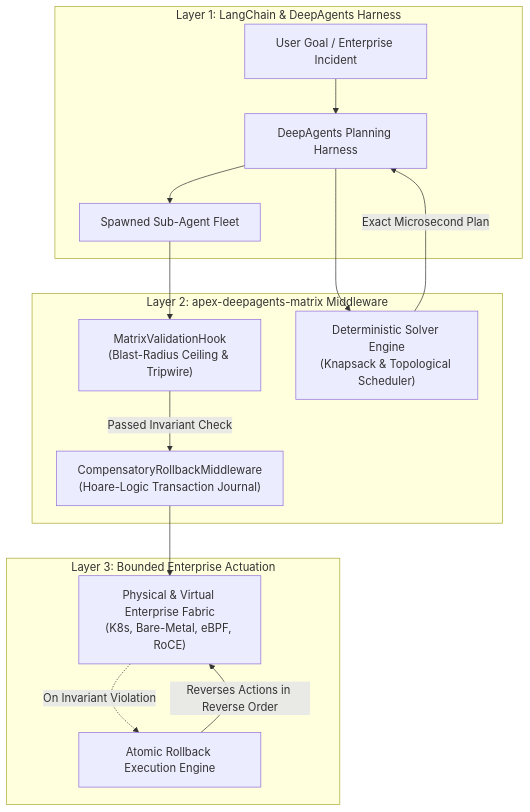
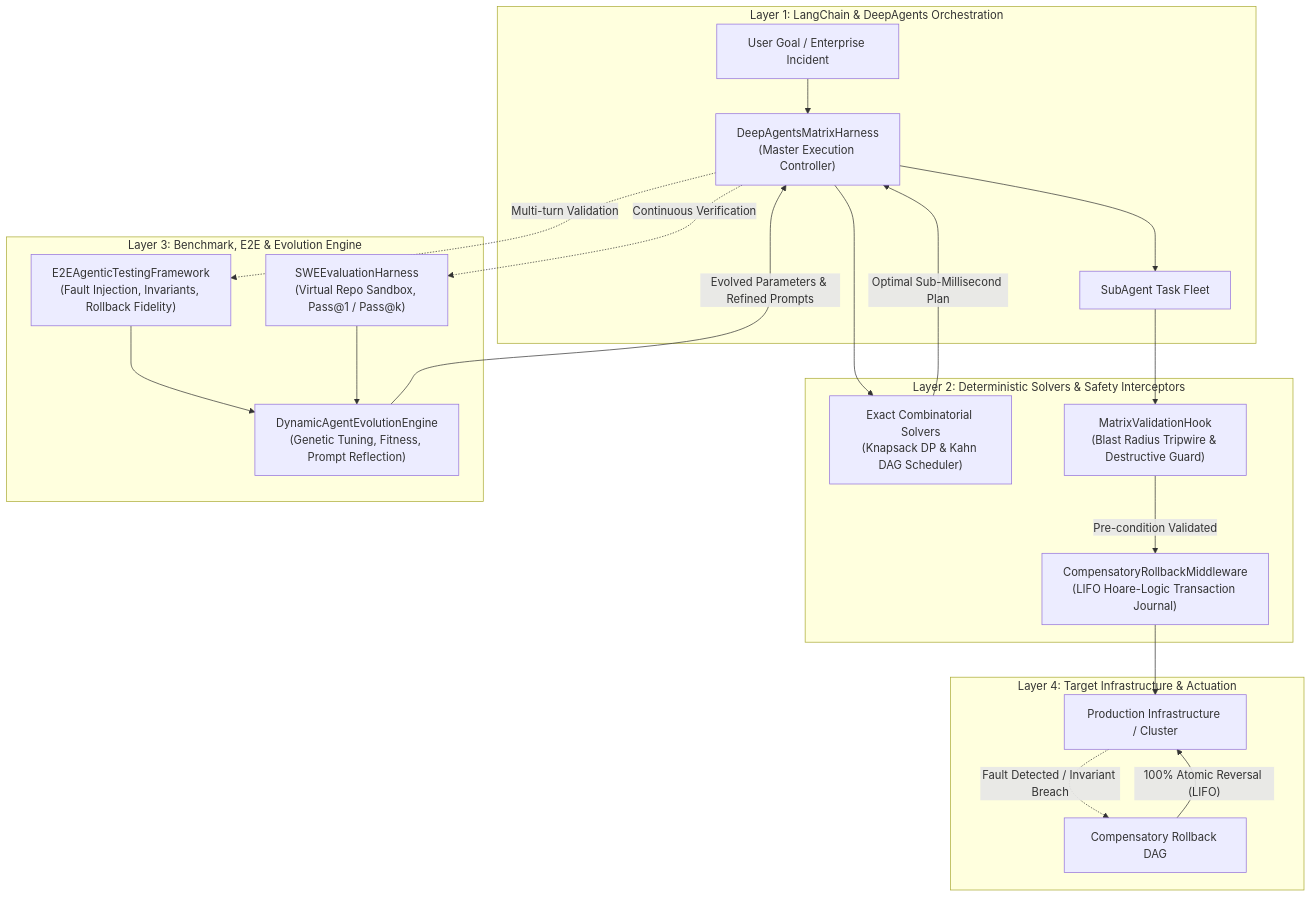
One commit to AAH20/apex-deepagents-matrix changed the first of 4 diagrams in README.md. Above: the diagram before and after it, drawn with Mermaid. The commit also changed other lines of this file and 9 other files, not shown here.

Commit message:
feat(eval): integrate SWE-bench evaluation harness, agentic E2E framework, and dynamic evolution engine

````diff
--- a/README.md
+++ b/README.md
@@ -38,31 +43,42 @@
 ```mermaid
 flowchart TD
-    subgraph LangChain_Stack ["Layer 1: LangChain & DeepAgents Harness"]
-        USER_PROMPT["User Goal / Enterprise Incident"]
-        DEEP_AGENT["DeepAgents Planning Harness"]
-        SUB_AGENTS["Spawned Sub-Agent Fleet"]
+    subgraph Layer1 ["Layer 1: LangChain & DeepAgents Orchestration"]
+        USER["User Goal / Enterprise Incident"]
+        HARNESS["DeepAgentsMatrixHarness<br/>(Master Execution Controller)"]
+        FLEET["SubAgent Task Fleet"]
     end
 
-    subgraph Apex_Middleware ["Layer 2: apex-deepagents-matrix Middleware"]
-        VALIDATOR["MatrixValidationHook<br/>(Blast-Radius Ceiling & Tripwire)"]
-        JOURNAL["CompensatoryRollbackMiddleware<br/>(Hoare-Logic Transaction Journal)"]
-        SOLVER["Deterministic Solver Engine<br/>(Knapsack & Topological Scheduler)"]
+    subgraph Layer2 ["Layer 2: Deterministic Solvers & Safety Interceptors"]
+        SOLVER["Exact Combinatorial Solvers<br/>(Knapsack DP & Kahn DAG Scheduler)"]
+        VALIDATOR["MatrixValidationHook<br/>(Blast Radius Tripwire & Destructive Guard)"]
+        JOURNAL["CompensatoryRollbackMiddleware<br/>(LIFO Hoare-Logic Transaction Journal)"]
     end
 
-    subgraph Enterprise_Execution ["Layer 3: Bounded Enterprise Actuation"]
-        CORE_ENV["Physical & Virtual Enterprise Fabric<br/>(K8s, Bare-Metal, eBPF, RoCE)"]
-        ROLLBACK_EXEC["Atomic Rollback Execution Engine"]
+    subgraph Layer3 ["Layer 3: Benchmark, E2E & Evolution Engine"]
+        SWE["SWEEvaluationHarness<br/>(Virtual Repo Sandbox, Pass@1 / Pass@k)"]
+        E2E["E2EAgenticTestingFramework<br/>(Fault Injection, Invariants, Rollback Fidelity)"]
+        EVO["DynamicAgentEvolutionEngine<br/>(Genetic Tuning, Fitness, Prompt Reflection)"]
     end
 
-    USER_PROMPT --> DEEP_AGENT
-    DEEP_AGENT --> SOLVER
-    SOLVER -- "Exact Microsecond Plan" --> DEEP_AGENT
-    DEEP_AGENT --> SUB_AGENTS
+    subgraph Layer4 ["Layer 4: Target Infrastructure & Actuation"]
+        PROD["Production Infrastructure / Cluster"]
+        ROLLBACK_EXEC["Compensatory Rollback DAG"]
+    end
 
-    SUB_AGENTS --> VALIDATOR
-    VALIDATOR -- "Passed Invariant Check" --> JOURNAL
-    JOURNAL --> CORE_ENV
+    USER --> HARNESS
+    HARNESS --> SOLVER
+    SOLVER -- "Optimal Sub-Millisecond Plan" --> HARNESS
+    HARNESS --> FLEET
 
-    CORE_ENV -. "On Invariant Violation" .-> ROLLBACK_EXEC
-    ROLLBACK_EXEC -- "Reverses Actions in Reverse Order" --> CORE_ENV
+    FLEET --> VALIDATOR
+    VALIDATOR -- "Pre-condition Validated" --> JOURNAL
+    JOURNAL --> PROD
+
+    PROD -. "Fault Detected / Invariant Breach" .-> ROLLBACK_EXEC
+    ROLLBACK_EXEC -- "100% Atomic Reversal (LIFO)" --> PROD
+
+    HARNESS -. "Continuous Verification" .-> SWE
+    HARNESS -. "Multi-turn Validation" .-> E2E
+    E2E & SWE --> EVO
+    EVO -- "Evolved Parameters & Refined Prompts" --> HARNESS
 ```
````
